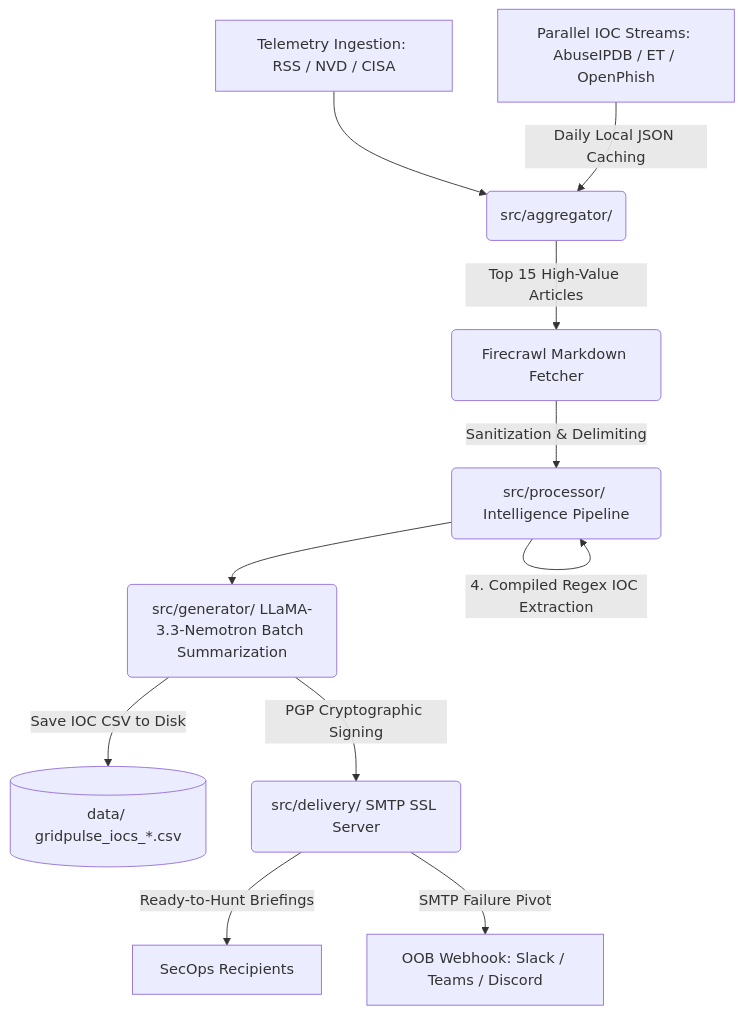
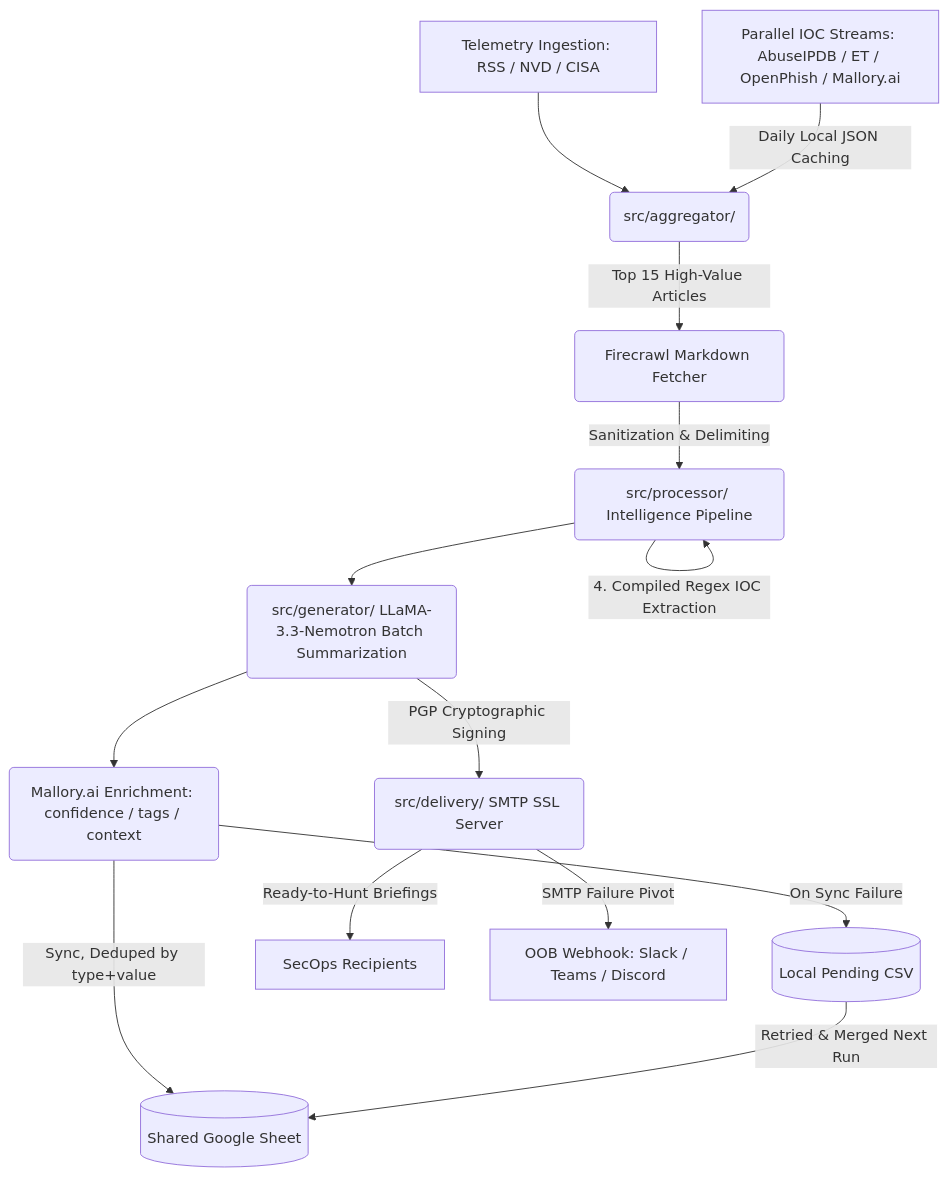
One commit to a-defaultt/GridPulse changed the diagram in README.md. Above: the diagram before and after it, drawn with Mermaid. The commit also changed other lines of this file and 1 other file, not shown here.

First line of the commit message:
docs: update README and spec to reflect Mallory.ai + Google Sheets IOC sync

````diff
--- a/README.md
+++ b/README.md
@@ -47,16 +48,19 @@
 ```mermaid
 graph TD
     A[Telemetry Ingestion: RSS / NVD / CISA] --> B(src/aggregator/)
-    A2[Parallel IOC Streams: AbuseIPDB / ET / OpenPhish] -->|Daily Local JSON Caching| B
+    A2[Parallel IOC Streams: AbuseIPDB / ET / OpenPhish / Mallory.ai] -->|Daily Local JSON Caching| B
     B -->|Top 15 High-Value Articles| C(Firecrawl Markdown Fetcher)
     C -->|Sanitization & Delimiting| D(src/processor/ Intelligence Pipeline)
     D -->|1. Heuristic + NumPy Vector Matrix Dedup| D
     D -->|2. Heuristic + LLM Multi-Label Tagging| D
     D -->|3. CVSS/KEV Score Blended 60/40 with Neural Reranker| D
     D -->|4. Compiled Regex IOC Extraction| D
     D --> E(src/generator/ LLaMA-3.3-Nemotron Batch Summarization)
-    E -->|Save IOC CSV to Disk| I[(data/ gridpulse_iocs_*.csv)]
+    E --> J(Mallory.ai Enrichment: confidence / tags / context)
+    J -->|Sync, Deduped by type+value| K[(Shared Google Sheet)]
+    J -->|On Sync Failure| L[(Local Pending CSV)]
+    L -->|Retried & Merged Next Run| K
     E -->|PGP Cryptographic Signing| F(src/delivery/ SMTP SSL Server)
     F -->|Ready-to-Hunt Briefings| G[SecOps Recipients]
     F -->|SMTP Failure Pivot| H[OOB Webhook: Slack / Teams / Discord]
 ```
````
